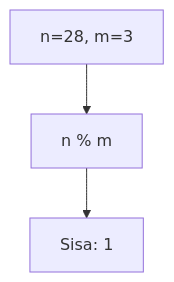
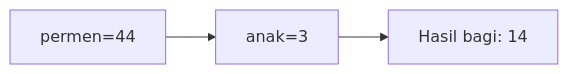
The tenth of 25 diagrams in part-c-pemahaman-cpp/01-tipe-data/latihan/set-09.md (amnahwaida/OSNK_INF_PREP), drawn with Mermaid before and after one commit. The commit also changed other lines of this file and 71 other files, not shown here.

````diff
--- a/part-c-pemahaman-cpp/01-tipe-data/latihan/set-09.md
+++ b/part-c-pemahaman-cpp/01-tipe-data/latihan/set-09.md
@@ -268,5 +279,5 @@
 ```mermaid
-graph TD
-A["n=28, m=3"] --> B["n % m"]
-B --> C["Sisa: 1"]
+graph LR
+A["permen=44"] --> B["anak=3"]
+B --> C["Hasil bagi: 14"]
 ```
````
